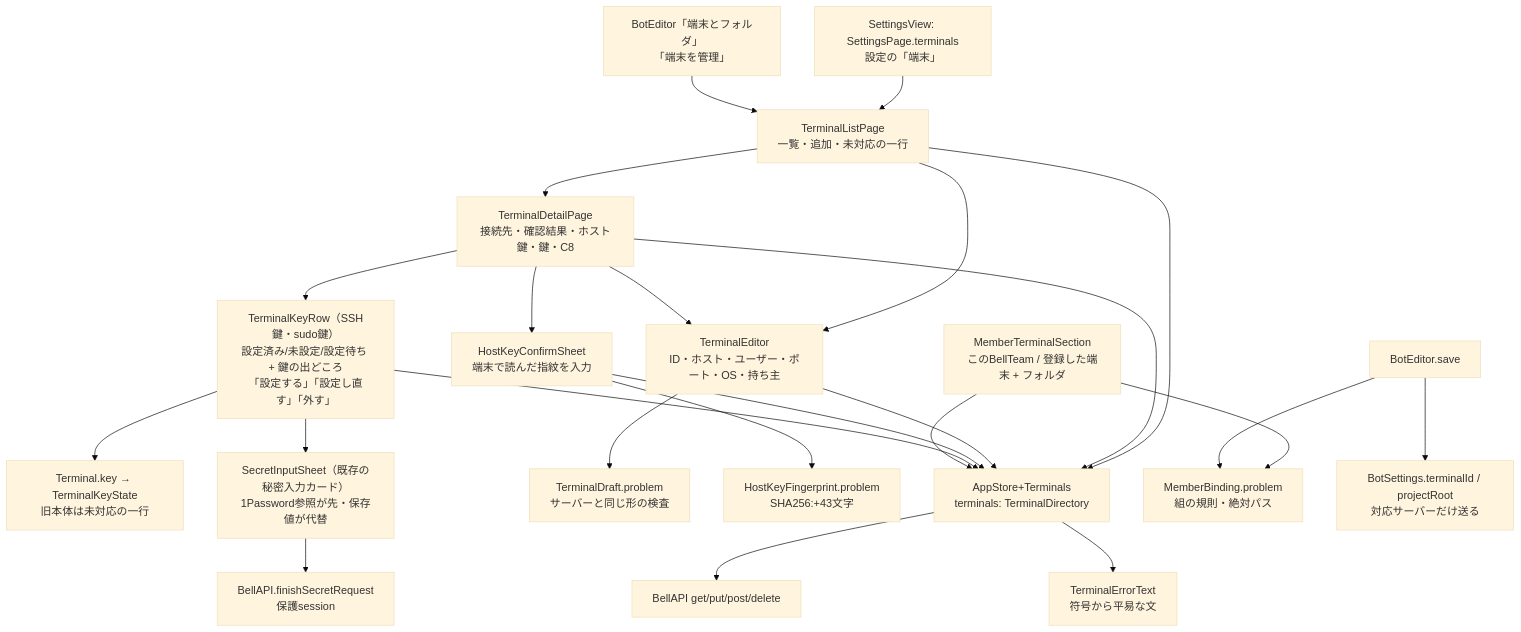
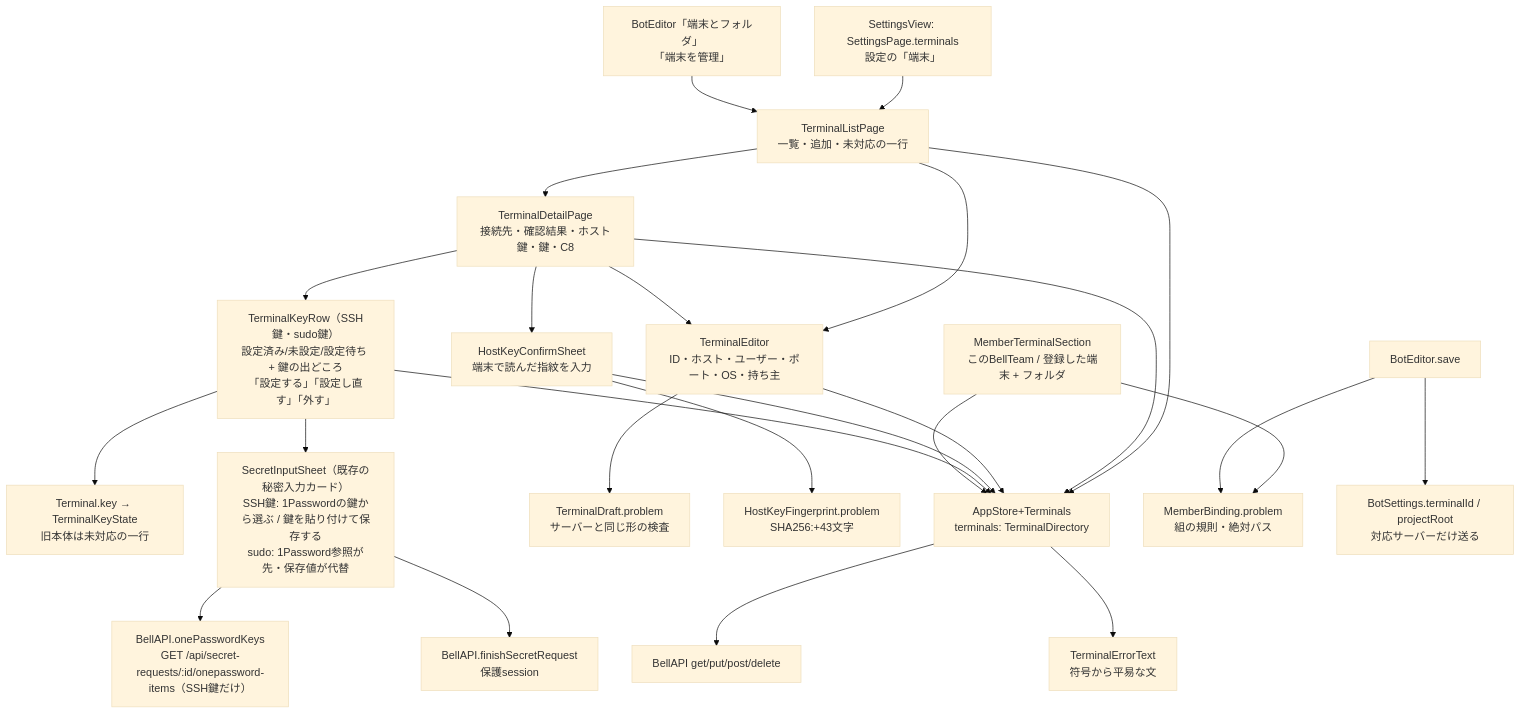
One commit to kitepon/BellTeam changed the first of 3 diagrams in docs/architecture/modules/apple/terminals.md. Above: the diagram before and after it, drawn with Mermaid (base theme). The commit also changed other lines of this file and 12 other files, not shown here.

````diff
--- a/docs/architecture/modules/apple/terminals.md
+++ b/docs/architecture/modules/apple/terminals.md
@@ -9,26 +9,27 @@
 ```mermaid
 flowchart TD
   SettingsRow["SettingsView: SettingsPage.terminals<br/>設定の「端末」"] --> List["TerminalListPage<br/>一覧・追加・未対応の一行"]
   EditorLink["BotEditor「端末とフォルダ」<br/>「端末を管理」"] --> List
   List --> Detail["TerminalDetailPage<br/>接続先・確認結果・ホスト鍵・鍵・C8"]
   List --> Form["TerminalEditor<br/>ID・ホスト・ユーザー・ポート・OS・持ち主"]
   Detail --> Form
   Detail --> HostKey["HostKeyConfirmSheet<br/>端末で読んだ指紋を入力"]
   Detail --> Keys["TerminalKeyRow（SSH鍵・sudo鍵）<br/>設定済み/未設定/設定待ち + 鍵の出どころ<br/>「設定する」「設定し直す」「外す」"]
   Keys --> KeyState["Terminal.key → TerminalKeyState<br/>旧本体は未対応の一行"]
-  Keys --> Card["SecretInputSheet（既存の秘密入力カード）<br/>1Password参照が先・保存値が代替"]
+  Keys --> Card["SecretInputSheet（既存の秘密入力カード）<br/>SSH鍵: 1Passwordの鍵から選ぶ / 鍵を貼り付けて保存する<br/>sudo: 1Password参照が先・保存値が代替"]
+  Card --> Items["BellAPI.onePasswordKeys<br/>GET /api/secret-requests/:id/onepassword-items（SSH鍵だけ）"]
   Card --> SecretAPI["BellAPI.finishSecretRequest<br/>保護session"]
   Form --> Rules["TerminalDraft.problem<br/>サーバーと同じ形の検査"]
   HostKey --> FP["HostKeyFingerprint.problem<br/>SHA256:+43文字"]
   Store["AppStore+Terminals<br/>terminals: TerminalDirectory"] --> API["BellAPI get/put/post/delete"]
   List --> Store
   Detail --> Store
   Form --> Store
   HostKey --> Store
   Keys --> Store
   Section["MemberTerminalSection<br/>このBellTeam / 登録した端末 + フォルダ"] --> Store
   Section --> Pair["MemberBinding.problem<br/>組の規則・絶対パス"]
   BotEditor["BotEditor.save"] --> Pair
   BotEditor --> Members["BotSettings.terminalId / projectRoot<br/>対応サーバーだけ送る"]
   Store --> Errors["TerminalErrorText<br/>符号から平易な文"]
 ```
````
